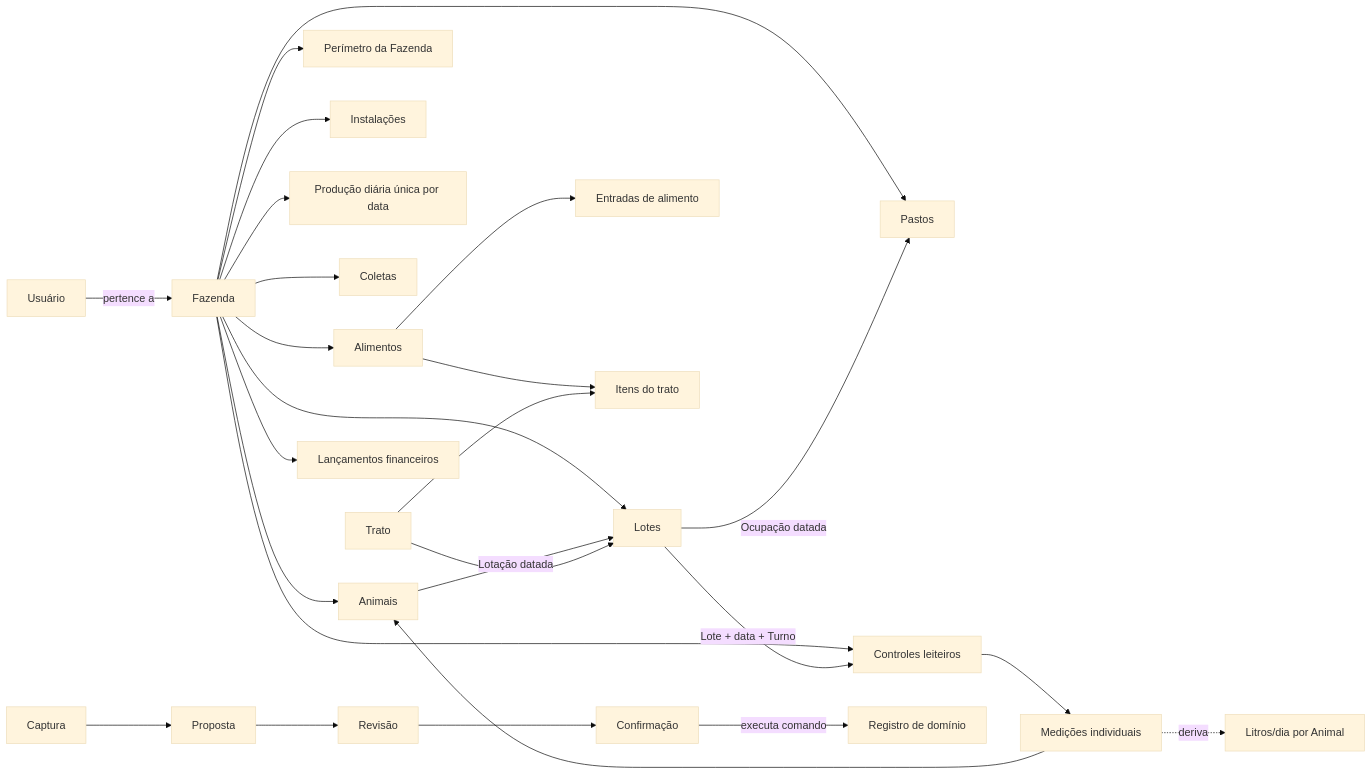
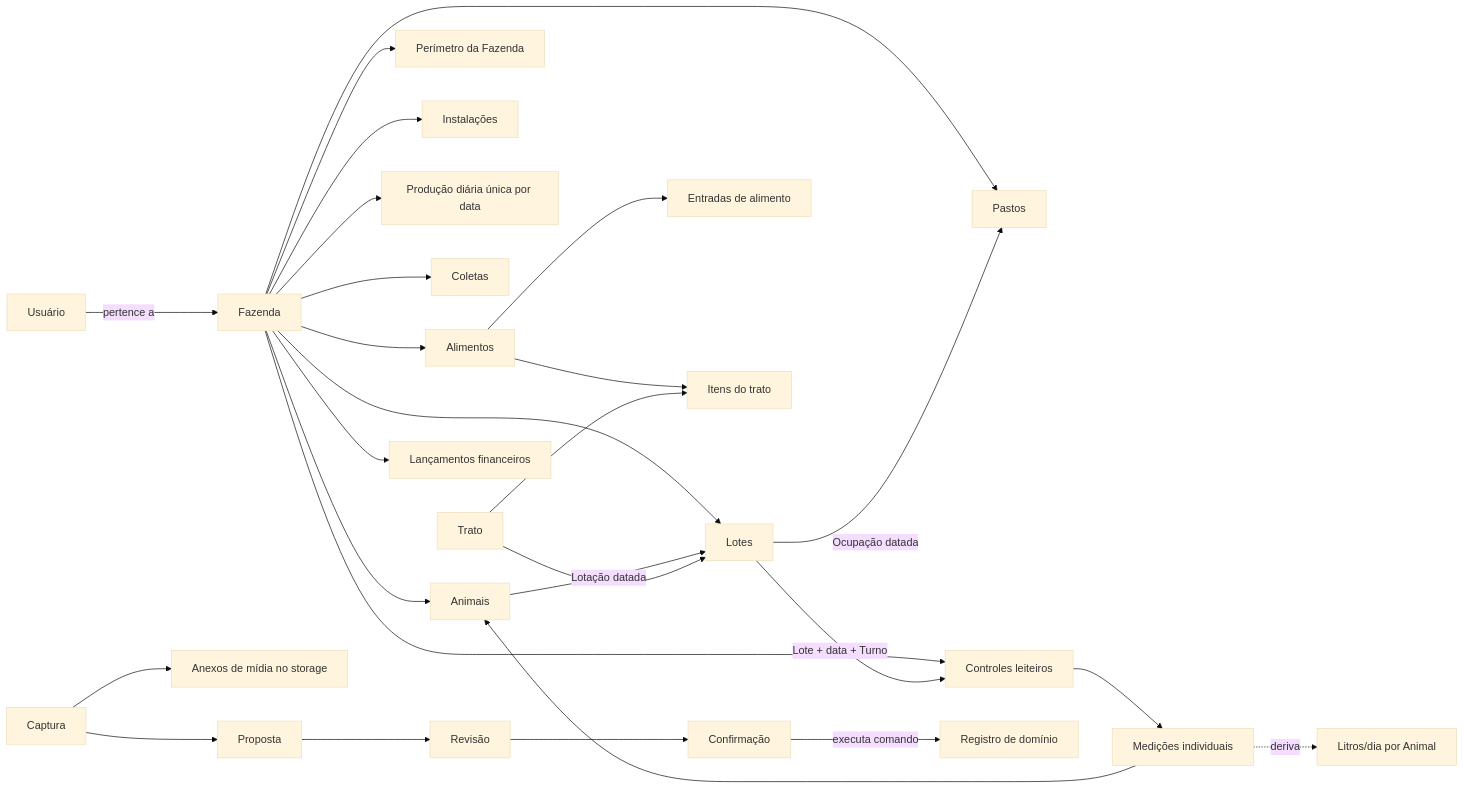
The diagram in docs/ONTOLOGY.md (otaviovasc/fazendados), drawn with Mermaid (base theme) before and after one commit. The commit also changed other lines of this file and 29 other files, not shown here.

````diff
--- a/docs/ONTOLOGY.md
+++ b/docs/ONTOLOGY.md
@@ -22,32 +22,33 @@
 ```mermaid
 flowchart LR
   U[Usuário] -->|pertence a| F[Fazenda]
   F --> A[Animais]
   F --> L[Lotes]
   F --> B[Perímetro da Fazenda]
   F --> P[Pastos]
   F --> I[Instalações]
   A -->|Lotação datada| L
   L -->|Ocupação datada| P
 
   F --> PD[Produção diária única por data]
   F --> CL[Controles leiteiros]
   L -->|Lote + data + Turno| CL
   CL --> MI[Medições individuais]
   MI --> A
   MI -.->|deriva| LD[Litros/dia por Animal]
   F --> C[Coletas]
 
   F --> AL[Alimentos]
   AL --> EA[Entradas de alimento]
   AL --> IT[Itens do trato]
   T[Trato] --> IT
   T --> L
 
   F --> LF[Lançamentos financeiros]
 
-  CAP[Captura] --> PROP[Proposta]
+  CAP[Captura] --> ATT[Anexos de mídia no storage]
+  CAP --> PROP[Proposta]
   PROP --> REV[Revisão]
   REV --> CONF[Confirmação]
   CONF -->|executa comando| REG[Registro de domínio]
 ```
````
